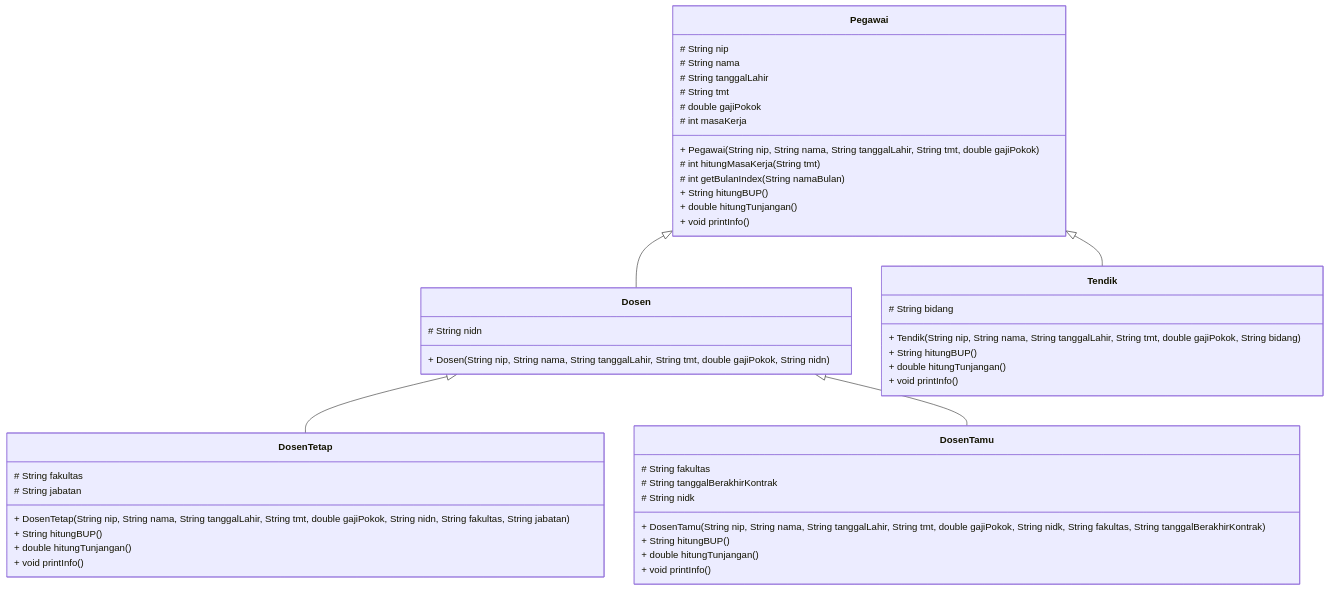
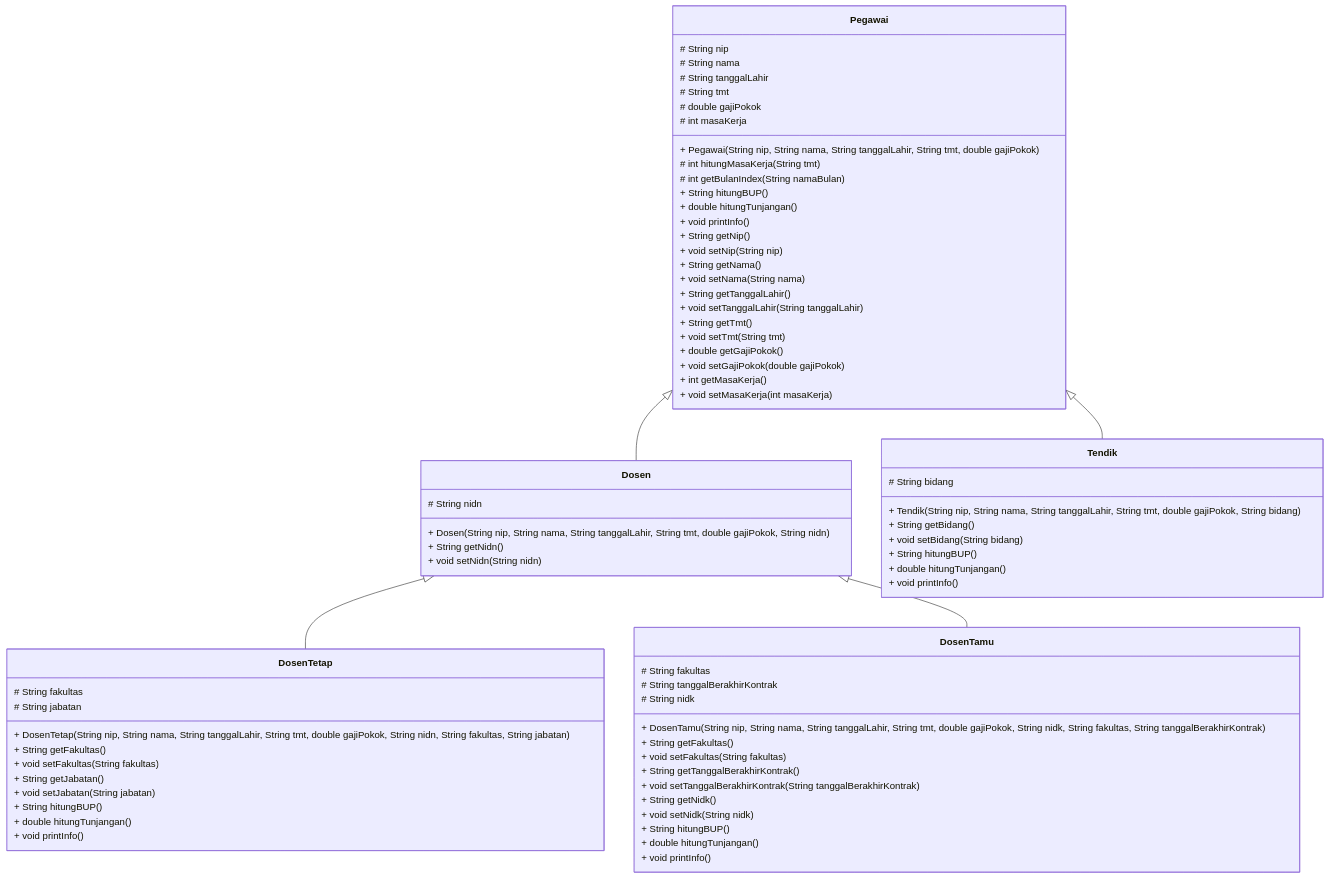
Before and after one commit to umarfaqih-20003/Praktikum-PBO-E2: the diagram in praktikum-4/LATIHAN-4/UML_Latihan.md, drawn with Mermaid. The commit also changed 10 other files, not shown here.

```diff
--- a/praktikum-4/LATIHAN-4/UML_Latihan.md
+++ b/praktikum-4/LATIHAN-4/UML_Latihan.md
@@ -12,19 +12,33 @@
         # String tmt
         # double gajiPokok
         # int masaKerja
-        
+
         + Pegawai(String nip, String nama, String tanggalLahir, String tmt, double gajiPokok)
         # int hitungMasaKerja(String tmt)
         # int getBulanIndex(String namaBulan)
         + String hitungBUP()
         + double hitungTunjangan()
         + void printInfo()
+        + String getNip()
+        + void setNip(String nip)
+        + String getNama()
+        + void setNama(String nama)
+        + String getTanggalLahir()
+        + void setTanggalLahir(String tanggalLahir)
+        + String getTmt()
+        + void setTmt(String tmt)
+        + double getGajiPokok()
+        + void setGajiPokok(double gajiPokok)
+        + int getMasaKerja()
+        + void setMasaKerja(int masaKerja)
     }
     
     class Dosen {
         # String nidn
 
         + Dosen(String nip, String nama, String tanggalLahir, String tmt, double gajiPokok, String nidn)
+        + String getNidn()
+        + void setNidn(String nidn)
     }
     
     class DosenTetap {
@@ -32,6 +46,10 @@
         # String jabatan
 
         + DosenTetap(String nip, String nama, String tanggalLahir, String tmt, double gajiPokok, String nidn, String fakultas, String jabatan)
+        + String getFakultas()
+        + void setFakultas(String fakultas)
+        + String getJabatan()
+        + void setJabatan(String jabatan)
         + String hitungBUP()
         + double hitungTunjangan()
         + void printInfo()
@@ -43,6 +61,12 @@
         # String nidk
 
         + DosenTamu(String nip, String nama, String tanggalLahir, String tmt, double gajiPokok, String nidk, String fakultas, String tanggalBerakhirKontrak)
+        + String getFakultas()
+        + void setFakultas(String fakultas)
+        + String getTanggalBerakhirKontrak()
+        + void setTanggalBerakhirKontrak(String tanggalBerakhirKontrak)
+        + String getNidk()
+        + void setNidk(String nidk)
         + String hitungBUP()
         + double hitungTunjangan()
         + void printInfo()
@@ -52,6 +76,8 @@
         # String bidang
 
         + Tendik(String nip, String nama, String tanggalLahir, String tmt, double gajiPokok, String bidang)
+        + String getBidang()
+        + void setBidang(String bidang)
         + String hitungBUP()
         + double hitungTunjangan()
         + void printInfo()
```
